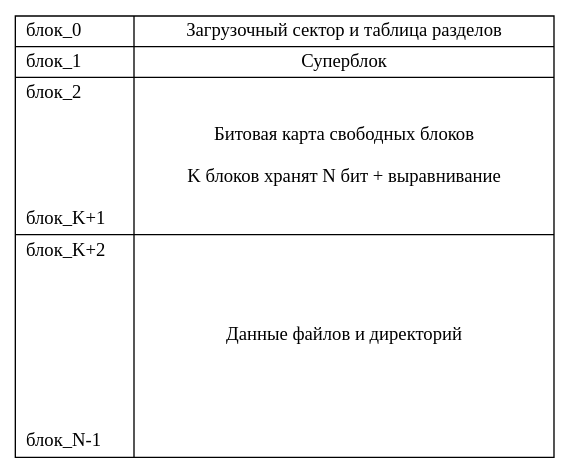
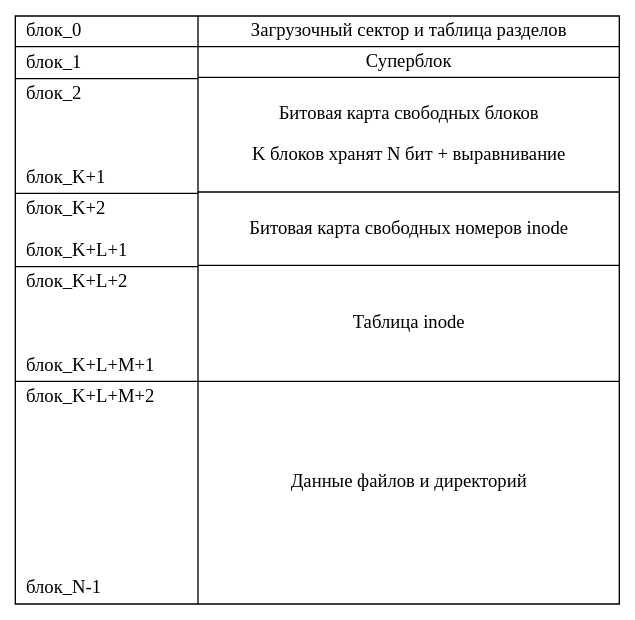
One commit to AntonGlinisty/nikka-practice changed the diagram in lab/src/8-fs-0-fs-structure.dot. Above: the diagram before and after it, drawn with Graphviz. The commit also changed 9 other files, not shown here.

```diff
--- a/lab/src/8-fs-0-fs-structure.dot
+++ b/lab/src/8-fs-0-fs-structure.dot
@@ -1,10 +1,10 @@
 digraph file_system {
     rankdir = LR
     ranksep = 2.0
 
     fontname = "Helvetica,Arial,sans-serif"
 
     node [shape = record]
 
-    fs [label = "{{блок_0\l | блок_1\l | блок_2\l\n\n\l\n\nблок_K+1\l | блок_K+2\l\n\n\n\n\n\n\n\nблок_N-1\l } | {Загрузочный сектор и таблица разделов\n | Суперблок | \l\nБитовая карта свободных блоков\n\lK блоков хранят N бит + выравнивание\n\n\l | \l\n\n\nДанные файлов и директорий\n\n\n\n\n\l }}"]
+    fs [label = "{{блок_0\l | блок_1\l | блок_2\l\n\l\nблок_K+1\l | блок_K+2\l\nблок_K+L+1\l | блок_K+L+2\l\n\n\nблок_K+L+M+1\l | блок_K+L+M+2\l\n\n\n\n\n\n\n\nблок_N-1\l } | {Загрузочный сектор и таблица разделов\n | Суперблок | \lБитовая карта свободных блоков\n\lK блоков хранят N бит + выравнивание\n\l | \lБитовая карта свободных номеров inode\n\l | \l\nТаблица inode\n\n\l | \l\n\n\nДанные файлов и директорий\n\n\n\n\n\l }}"]
 }
```
